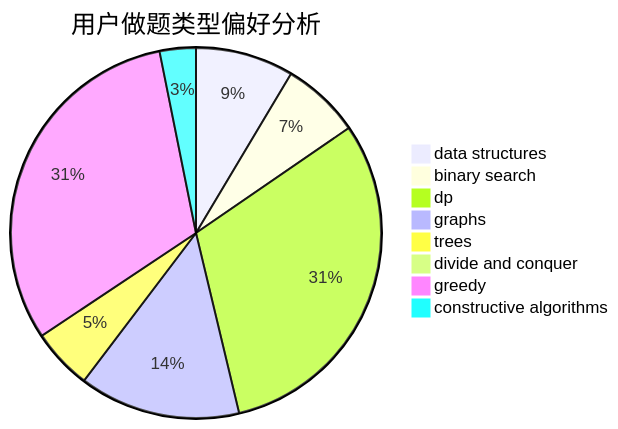
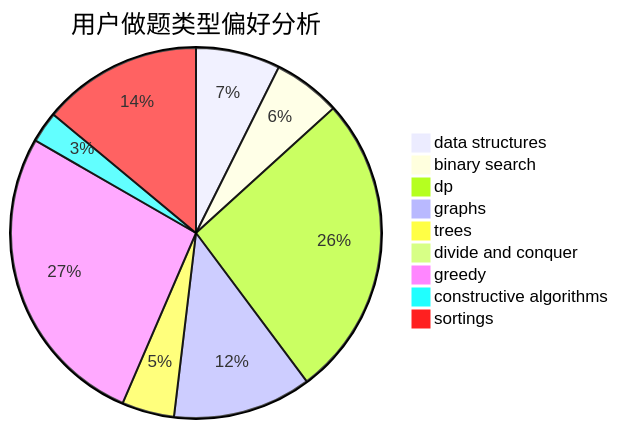
One commit to sherpahu/cfrs.github.io changed the second of 3 diagrams in docs/user/u1201.md. Above: the diagram before and after it, drawn with Mermaid. The commit also changed other lines of this file and 2769 other files, not shown here.

````diff
--- a/docs/user/u1201.md
+++ b/docs/user/u1201.md
@@ -23,11 +18,12 @@
 ```mermaid
 pie title 用户做题类型偏好分析
     "data structures" :  95
     "binary search" :  76
     "dp" :  342
     "graphs" :  156
     "trees" :  59
     "divide and conquer" :  8
     "greedy" :  346
     "constructive algorithms" :  35
+    "sortings" :  180
 ```
````
